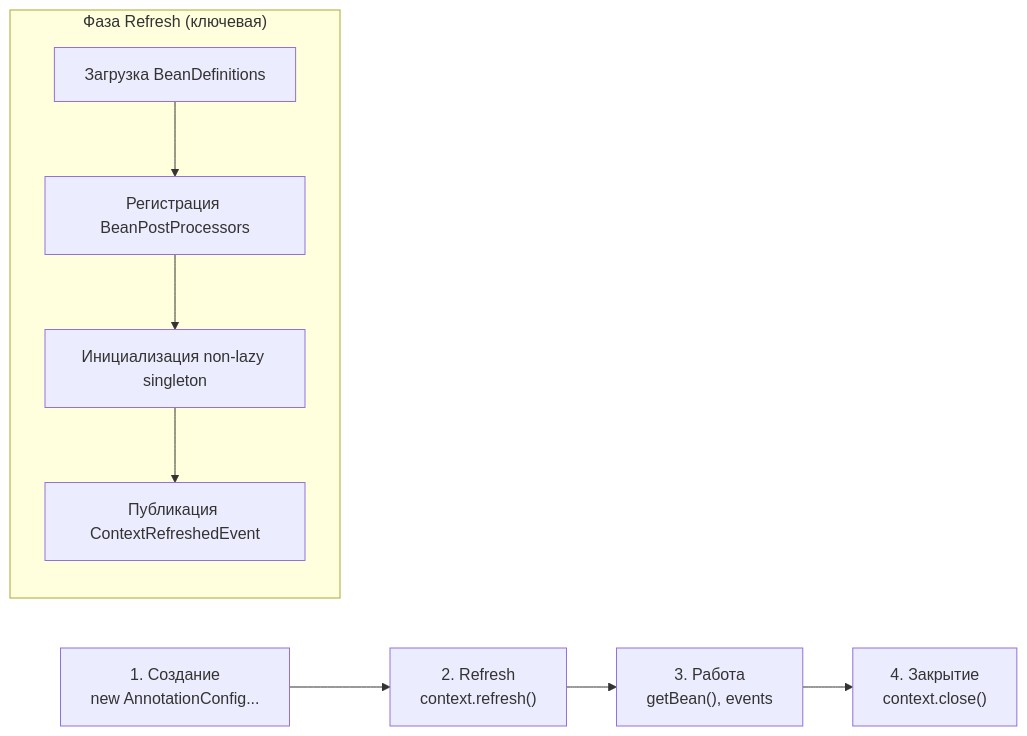
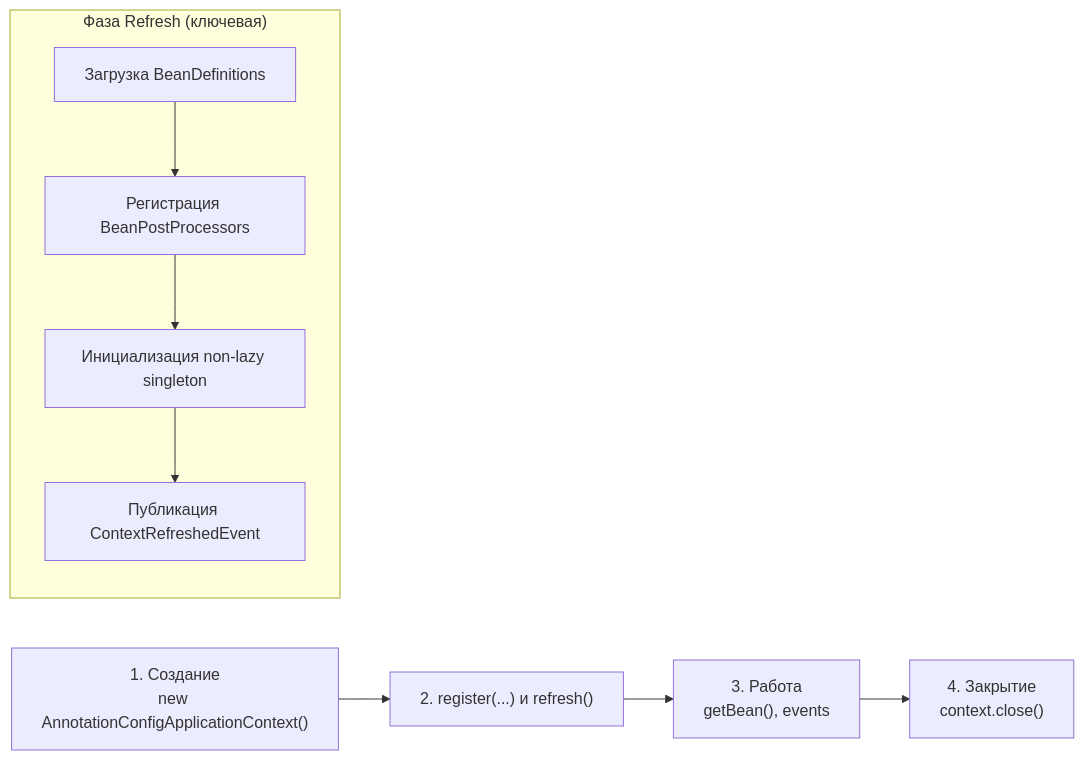
The sixth of 17 diagrams in cheatsheets/interview/frameworks/spring/spring-framework-interview.md (akeverus/cheat-sheet), drawn with Mermaid before and after one commit. The commit also changed other lines of this file and 2 other files, not shown here.

````diff
--- a/cheatsheets/interview/frameworks/spring/spring-framework-interview.md
+++ b/cheatsheets/interview/frameworks/spring/spring-framework-interview.md
@@ -267,12 +289,12 @@
 ```mermaid
 graph LR
-    A["1. Создание<br/>new AnnotationConfig..."] --> B["2. Refresh<br/>context.refresh()"]
+    A["1. Создание<br/>new AnnotationConfigApplicationContext()"] --> B["2. register(...) и refresh()"]
     B --> C["3. Работа<br/>getBean(), events"]
     C --> D["4. Закрытие<br/>context.close()"]
 
     subgraph "Фаза Refresh (ключевая)"
         B1["Загрузка BeanDefinitions"] --> B2["Регистрация BeanPostProcessors"]
         B2 --> B3["Инициализация non-lazy singleton"]
         B3 --> B4["Публикация ContextRefreshedEvent"]
     end
 ```
````
